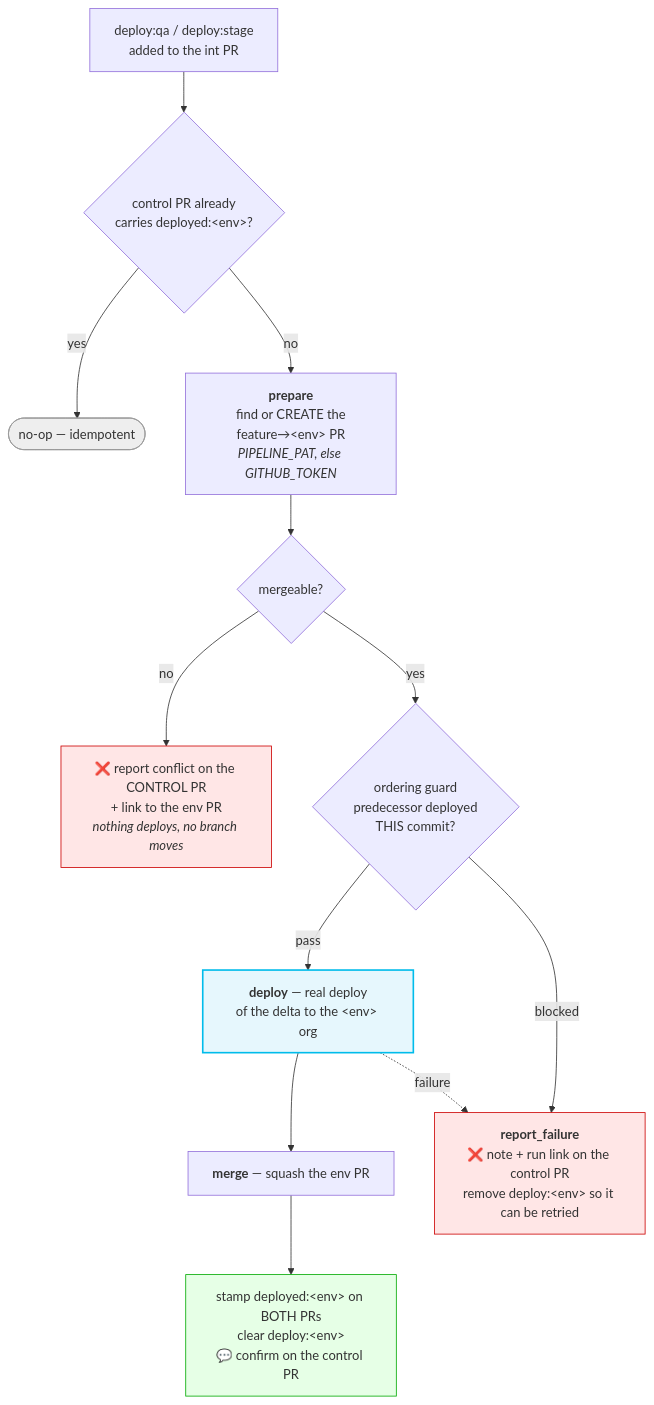
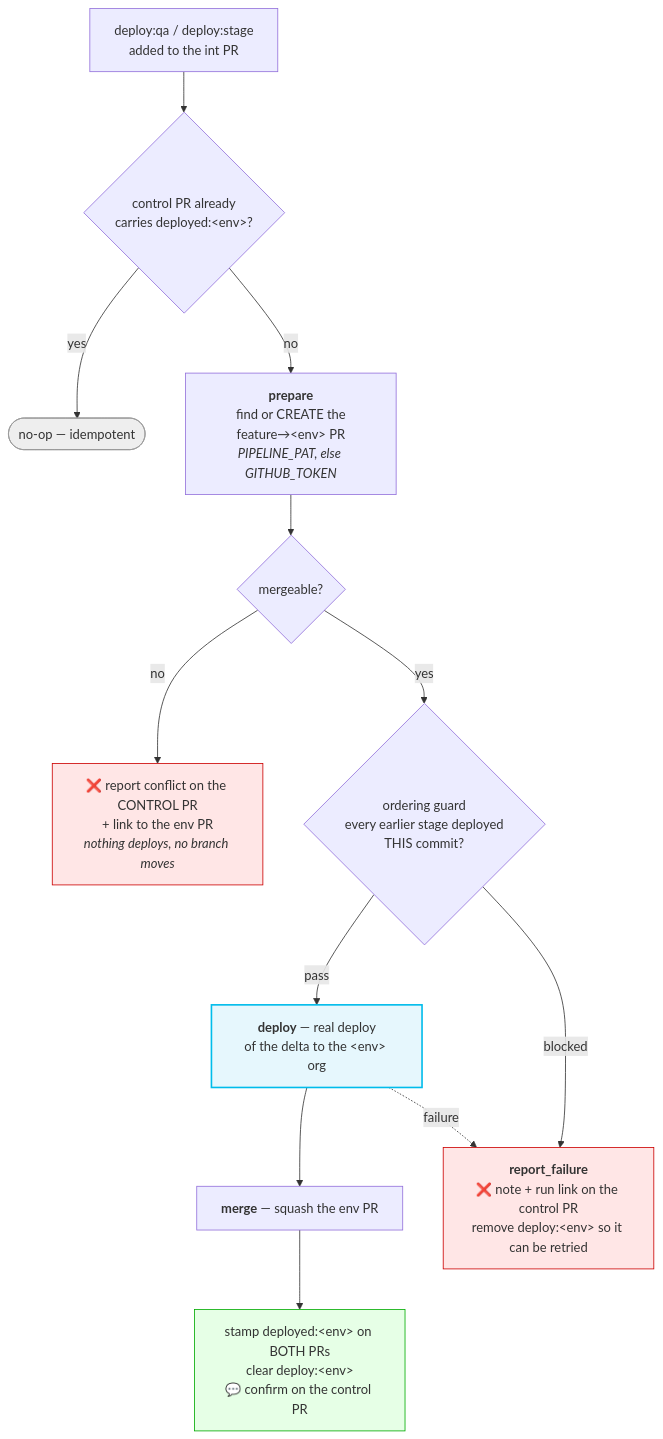
The eighth of 10 diagrams in docs/Product_Documentation.md (muraliseelam/sfdx-pipeline-actions), drawn with Mermaid before and after one commit. The commit also changed other lines of this file and 6 other files, not shown here.

First line of the commit message:
Promotions: deploy the main-vs-feature package and check every earlier stage

````diff
--- a/docs/Product_Documentation.md
+++ b/docs/Product_Documentation.md
@@ -567,29 +567,29 @@
 ```mermaid
 flowchart TD
     L["deploy:qa / deploy:stage<br/>added to the int PR"]
     IDEM{"control PR already<br/>carries deployed:&lt;env&gt;?"}
     NOOP(["no-op — idempotent"])
     PREP["<b>prepare</b><br/>find or CREATE the<br/>feature→&lt;env&gt; PR<br/><i>PIPELINE_PAT, else GITHUB_TOKEN</i>"]
     CONF{"mergeable?"}
     FAILC["❌ report conflict on the CONTROL PR<br/>+ link to the env PR<br/><i>nothing deploys, no branch moves</i>"]
-    ORD{"ordering guard<br/>predecessor deployed<br/>THIS commit?"}
+    ORD{"ordering guard<br/>every earlier stage deployed<br/>THIS commit?"}
     DEP["<b>deploy</b> — real deploy<br/>of the delta to the &lt;env&gt; org"]
     MRG["<b>merge</b> — squash the env PR"]
     STAMP["stamp deployed:&lt;env&gt; on BOTH PRs<br/>clear deploy:&lt;env&gt;<br/>💬 confirm on the control PR"]
     FAIL["<b>report_failure</b><br/>❌ note + run link on the control PR<br/>remove deploy:&lt;env&gt; so it can be retried"]
 
     L --> IDEM
     IDEM -->|yes| NOOP
     IDEM -->|no| PREP --> CONF
     CONF -->|no| FAILC
     CONF -->|yes| ORD
     ORD -->|blocked| FAIL
     ORD -->|pass| DEP --> MRG --> STAMP
     DEP -.->|failure| FAIL
 
     style DEP fill:#E6F7FD,stroke:#00BCEB,stroke-width:2px
     style STAMP fill:#e6ffe6,stroke:#0a0
     style FAILC fill:#ffe6e6,stroke:#c00
     style FAIL fill:#ffe6e6,stroke:#c00
     style NOOP fill:#eee,stroke:#999
 ```
````
